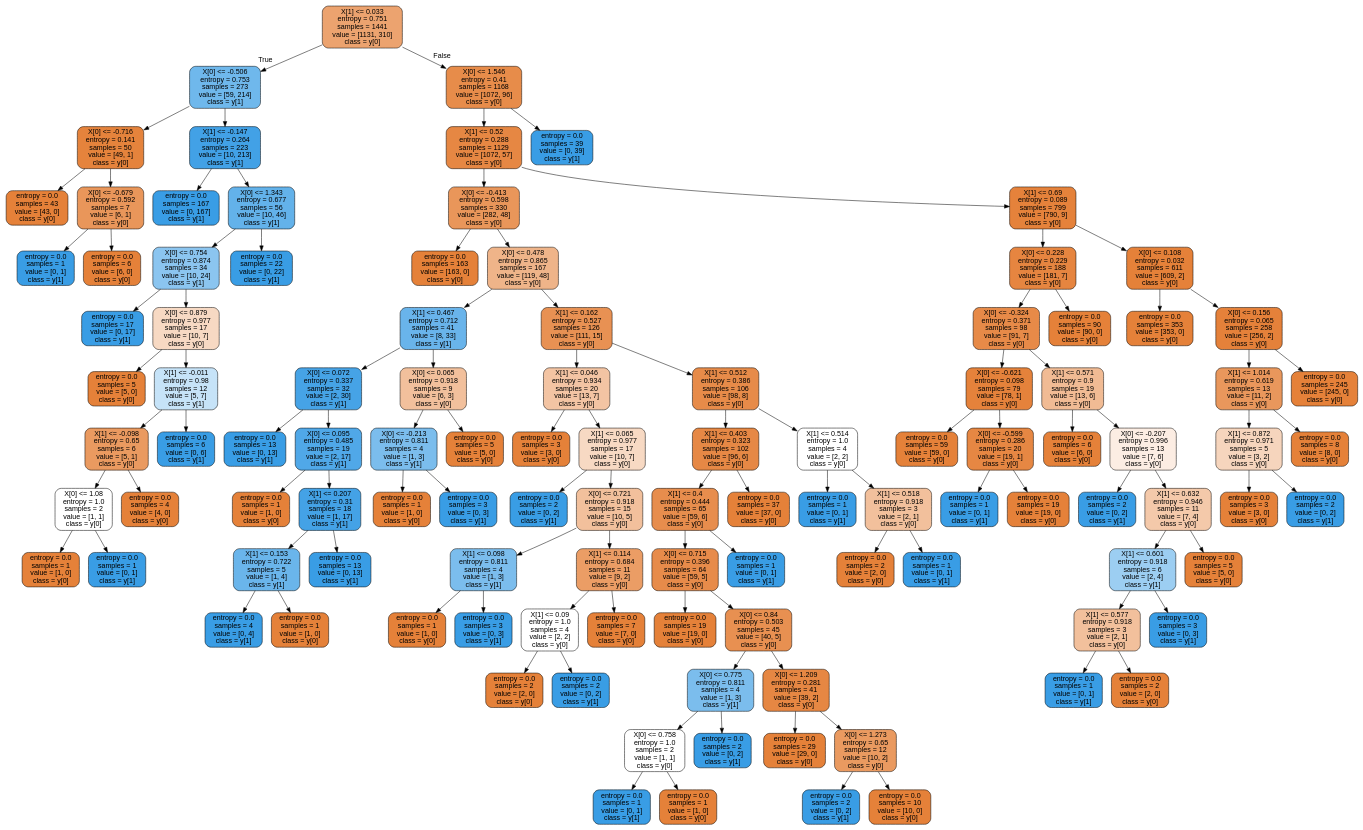
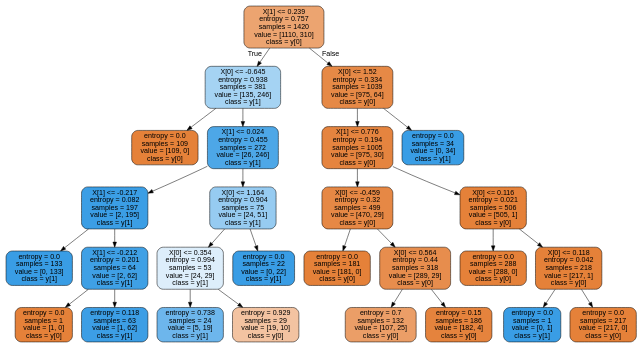
The diagram in moon_dataset_enn.dot (ahadimuhsin/credit-card-fraud-detection), drawn with Graphviz before and after one commit. The commit also changed 31 other files, not shown here.

```diff
--- a/moon_dataset_enn.dot
+++ b/moon_dataset_enn.dot
@@ -1,221 +1,57 @@
 digraph Tree {
 node [shape=box, style="filled, rounded", color="black", fontname=helvetica] ;
 edge [fontname=helvetica] ;
-0 [label="X[1] <= 0.033\nentropy = 0.751\nsamples = 1441\nvalue = [1131, 310]\nclass = y[0]", fillcolor="#e58139b9"] ;
-1 [label="X[0] <= -0.506\nentropy = 0.753\nsamples = 273\nvalue = [59, 214]\nclass = y[1]", fillcolor="#399de5b9"] ;
+0 [label="X[1] <= 0.239\nentropy = 0.757\nsamples = 1420\nvalue = [1110, 310]\nclass = y[0]", fillcolor="#e58139b8"] ;
+1 [label="X[0] <= -0.645\nentropy = 0.938\nsamples = 381\nvalue = [135, 246]\nclass = y[1]", fillcolor="#399de573"] ;
 0 -> 1 [labeldistance=2.5, labelangle=45, headlabel="True"] ;
-2 [label="X[0] <= -0.716\nentropy = 0.141\nsamples = 50\nvalue = [49, 1]\nclass = y[0]", fillcolor="#e58139fa"] ;
+2 [label="entropy = 0.0\nsamples = 109\nvalue = [109, 0]\nclass = y[0]", fillcolor="#e58139ff"] ;
 1 -> 2 ;
-3 [label="entropy = 0.0\nsamples = 43\nvalue = [43, 0]\nclass = y[0]", fillcolor="#e58139ff"] ;
-2 -> 3 ;
-4 [label="X[0] <= -0.679\nentropy = 0.592\nsamples = 7\nvalue = [6, 1]\nclass = y[0]", fillcolor="#e58139d4"] ;
-2 -> 4 ;
-5 [label="entropy = 0.0\nsamples = 1\nvalue = [0, 1]\nclass = y[1]", fillcolor="#399de5ff"] ;
+3 [label="X[1] <= 0.024\nentropy = 0.455\nsamples = 272\nvalue = [26, 246]\nclass = y[1]", fillcolor="#399de5e4"] ;
+1 -> 3 ;
+4 [label="X[1] <= -0.217\nentropy = 0.082\nsamples = 197\nvalue = [2, 195]\nclass = y[1]", fillcolor="#399de5fc"] ;
+3 -> 4 ;
+5 [label="entropy = 0.0\nsamples = 133\nvalue = [0, 133]\nclass = y[1]", fillcolor="#399de5ff"] ;
 4 -> 5 ;
-6 [label="entropy = 0.0\nsamples = 6\nvalue = [6, 0]\nclass = y[0]", fillcolor="#e58139ff"] ;
+6 [label="X[1] <= -0.212\nentropy = 0.201\nsamples = 64\nvalue = [2, 62]\nclass = y[1]", fillcolor="#399de5f7"] ;
 4 -> 6 ;
-7 [label="X[1] <= -0.147\nentropy = 0.264\nsamples = 223\nvalue = [10, 213]\nclass = y[1]", fillcolor="#399de5f3"] ;
-1 -> 7 ;
-8 [label="entropy = 0.0\nsamples = 167\nvalue = [0, 167]\nclass = y[1]", fillcolor="#399de5ff"] ;
-7 -> 8 ;
-9 [label="X[0] <= 1.343\nentropy = 0.677\nsamples = 56\nvalue = [10, 46]\nclass = y[1]", fillcolor="#399de5c8"] ;
-7 -> 9 ;
-10 [label="X[0] <= 0.754\nentropy = 0.874\nsamples = 34\nvalue = [10, 24]\nclass = y[1]", fillcolor="#399de595"] ;
+7 [label="entropy = 0.0\nsamples = 1\nvalue = [1, 0]\nclass = y[0]", fillcolor="#e58139ff"] ;
+6 -> 7 ;
+8 [label="entropy = 0.118\nsamples = 63\nvalue = [1, 62]\nclass = y[1]", fillcolor="#399de5fb"] ;
+6 -> 8 ;
+9 [label="X[0] <= 1.164\nentropy = 0.904\nsamples = 75\nvalue = [24, 51]\nclass = y[1]", fillcolor="#399de587"] ;
+3 -> 9 ;
+10 [label="X[0] <= 0.354\nentropy = 0.994\nsamples = 53\nvalue = [24, 29]\nclass = y[1]", fillcolor="#399de52c"] ;
 9 -> 10 ;
-11 [label="entropy = 0.0\nsamples = 17\nvalue = [0, 17]\nclass = y[1]", fillcolor="#399de5ff"] ;
+11 [label="entropy = 0.738\nsamples = 24\nvalue = [5, 19]\nclass = y[1]", fillcolor="#399de5bc"] ;
 10 -> 11 ;
-12 [label="X[0] <= 0.879\nentropy = 0.977\nsamples = 17\nvalue = [10, 7]\nclass = y[0]", fillcolor="#e581394d"] ;
+12 [label="entropy = 0.929\nsamples = 29\nvalue = [19, 10]\nclass = y[0]", fillcolor="#e5813979"] ;
 10 -> 12 ;
-13 [label="entropy = 0.0\nsamples = 5\nvalue = [5, 0]\nclass = y[0]", fillcolor="#e58139ff"] ;
-12 -> 13 ;
-14 [label="X[1] <= -0.011\nentropy = 0.98\nsamples = 12\nvalue = [5, 7]\nclass = y[1]", fillcolor="#399de549"] ;
-12 -> 14 ;
-15 [label="X[1] <= -0.098\nentropy = 0.65\nsamples = 6\nvalue = [5, 1]\nclass = y[0]", fillcolor="#e58139cc"] ;
+13 [label="entropy = 0.0\nsamples = 22\nvalue = [0, 22]\nclass = y[1]", fillcolor="#399de5ff"] ;
+9 -> 13 ;
+14 [label="X[0] <= 1.52\nentropy = 0.334\nsamples = 1039\nvalue = [975, 64]\nclass = y[0]", fillcolor="#e58139ee"] ;
+0 -> 14 [labeldistance=2.5, labelangle=-45, headlabel="False"] ;
+15 [label="X[1] <= 0.776\nentropy = 0.194\nsamples = 1005\nvalue = [975, 30]\nclass = y[0]", fillcolor="#e58139f7"] ;
 14 -> 15 ;
-16 [label="X[0] <= 1.08\nentropy = 1.0\nsamples = 2\nvalue = [1, 1]\nclass = y[0]", fillcolor="#e5813900"] ;
+16 [label="X[0] <= -0.459\nentropy = 0.32\nsamples = 499\nvalue = [470, 29]\nclass = y[0]", fillcolor="#e58139ef"] ;
 15 -> 16 ;
-17 [label="entropy = 0.0\nsamples = 1\nvalue = [1, 0]\nclass = y[0]", fillcolor="#e58139ff"] ;
+17 [label="entropy = 0.0\nsamples = 181\nvalue = [181, 0]\nclass = y[0]", fillcolor="#e58139ff"] ;
 16 -> 17 ;
-18 [label="entropy = 0.0\nsamples = 1\nvalue = [0, 1]\nclass = y[1]", fillcolor="#399de5ff"] ;
+18 [label="X[0] <= 0.564\nentropy = 0.44\nsamples = 318\nvalue = [289, 29]\nclass = y[0]", fillcolor="#e58139e5"] ;
 16 -> 18 ;
-19 [label="entropy = 0.0\nsamples = 4\nvalue = [4, 0]\nclass = y[0]", fillcolor="#e58139ff"] ;
-15 -> 19 ;
-20 [label="entropy = 0.0\nsamples = 6\nvalue = [0, 6]\nclass = y[1]", fillcolor="#399de5ff"] ;
-14 -> 20 ;
-21 [label="entropy = 0.0\nsamples = 22\nvalue = [0, 22]\nclass = y[1]", fillcolor="#399de5ff"] ;
-9 -> 21 ;
-22 [label="X[0] <= 1.546\nentropy = 0.41\nsamples = 1168\nvalue = [1072, 96]\nclass = y[0]", fillcolor="#e58139e8"] ;
-0 -> 22 [labeldistance=2.5, labelangle=-45, headlabel="False"] ;
-23 [label="X[1] <= 0.52\nentropy = 0.288\nsamples = 1129\nvalue = [1072, 57]\nclass = y[0]", fillcolor="#e58139f1"] ;
-22 -> 23 ;
-24 [label="X[0] <= -0.413\nentropy = 0.598\nsamples = 330\nvalue = [282, 48]\nclass = y[0]", fillcolor="#e58139d4"] ;
+19 [label="entropy = 0.7\nsamples = 132\nvalue = [107, 25]\nclass = y[0]", fillcolor="#e58139c3"] ;
+18 -> 19 ;
+20 [label="entropy = 0.15\nsamples = 186\nvalue = [182, 4]\nclass = y[0]", fillcolor="#e58139f9"] ;
+18 -> 20 ;
+21 [label="X[0] <= 0.116\nentropy = 0.021\nsamples = 506\nvalue = [505, 1]\nclass = y[0]", fillcolor="#e58139fe"] ;
+15 -> 21 ;
+22 [label="entropy = 0.0\nsamples = 288\nvalue = [288, 0]\nclass = y[0]", fillcolor="#e58139ff"] ;
+21 -> 22 ;
+23 [label="X[0] <= 0.118\nentropy = 0.042\nsamples = 218\nvalue = [217, 1]\nclass = y[0]", fillcolor="#e58139fe"] ;
+21 -> 23 ;
+24 [label="entropy = 0.0\nsamples = 1\nvalue = [0, 1]\nclass = y[1]", fillcolor="#399de5ff"] ;
 23 -> 24 ;
-25 [label="entropy = 0.0\nsamples = 163\nvalue = [163, 0]\nclass = y[0]", fillcolor="#e58139ff"] ;
-24 -> 25 ;
-26 [label="X[0] <= 0.478\nentropy = 0.865\nsamples = 167\nvalue = [119, 48]\nclass = y[0]", fillcolor="#e5813998"] ;
-24 -> 26 ;
-27 [label="X[1] <= 0.467\nentropy = 0.712\nsamples = 41\nvalue = [8, 33]\nclass = y[1]", fillcolor="#399de5c1"] ;
-26 -> 27 ;
-28 [label="X[0] <= 0.072\nentropy = 0.337\nsamples = 32\nvalue = [2, 30]\nclass = y[1]", fillcolor="#399de5ee"] ;
-27 -> 28 ;
-29 [label="entropy = 0.0\nsamples = 13\nvalue = [0, 13]\nclass = y[1]", fillcolor="#399de5ff"] ;
-28 -> 29 ;
-30 [label="X[0] <= 0.095\nentropy = 0.485\nsamples = 19\nvalue = [2, 17]\nclass = y[1]", fillcolor="#399de5e1"] ;
-28 -> 30 ;
-31 [label="entropy = 0.0\nsamples = 1\nvalue = [1, 0]\nclass = y[0]", fillcolor="#e58139ff"] ;
-30 -> 31 ;
-32 [label="X[1] <= 0.207\nentropy = 0.31\nsamples = 18\nvalue = [1, 17]\nclass = y[1]", fillcolor="#399de5f0"] ;
-30 -> 32 ;
-33 [label="X[1] <= 0.153\nentropy = 0.722\nsamples = 5\nvalue = [1, 4]\nclass = y[1]", fillcolor="#399de5bf"] ;
-32 -> 33 ;
-34 [label="entropy = 0.0\nsamples = 4\nvalue = [0, 4]\nclass = y[1]", fillcolor="#399de5ff"] ;
-33 -> 34 ;
-35 [label="entropy = 0.0\nsamples = 1\nvalue = [1, 0]\nclass = y[0]", fillcolor="#e58139ff"] ;
-33 -> 35 ;
-36 [label="entropy = 0.0\nsamples = 13\nvalue = [0, 13]\nclass = y[1]", fillcolor="#399de5ff"] ;
-32 -> 36 ;
-37 [label="X[0] <= 0.065\nentropy = 0.918\nsamples = 9\nvalue = [6, 3]\nclass = y[0]", fillcolor="#e581397f"] ;
-27 -> 37 ;
-38 [label="X[0] <= -0.213\nentropy = 0.811\nsamples = 4\nvalue = [1, 3]\nclass = y[1]", fillcolor="#399de5aa"] ;
-37 -> 38 ;
-39 [label="entropy = 0.0\nsamples = 1\nvalue = [1, 0]\nclass = y[0]", fillcolor="#e58139ff"] ;
-38 -> 39 ;
-40 [label="entropy = 0.0\nsamples = 3\nvalue = [0, 3]\nclass = y[1]", fillcolor="#399de5ff"] ;
-38 -> 40 ;
-41 [label="entropy = 0.0\nsamples = 5\nvalue = [5, 0]\nclass = y[0]", fillcolor="#e58139ff"] ;
-37 -> 41 ;
-42 [label="X[1] <= 0.162\nentropy = 0.527\nsamples = 126\nvalue = [111, 15]\nclass = y[0]", fillcolor="#e58139dd"] ;
-26 -> 42 ;
-43 [label="X[1] <= 0.046\nentropy = 0.934\nsamples = 20\nvalue = [13, 7]\nclass = y[0]", fillcolor="#e5813976"] ;
-42 -> 43 ;
-44 [label="entropy = 0.0\nsamples = 3\nvalue = [3, 0]\nclass = y[0]", fillcolor="#e58139ff"] ;
-43 -> 44 ;
-45 [label="X[1] <= 0.065\nentropy = 0.977\nsamples = 17\nvalue = [10, 7]\nclass = y[0]", fillcolor="#e581394d"] ;
-43 -> 45 ;
-46 [label="entropy = 0.0\nsamples = 2\nvalue = [0, 2]\nclass = y[1]", fillcolor="#399de5ff"] ;
-45 -> 46 ;
-47 [label="X[0] <= 0.721\nentropy = 0.918\nsamples = 15\nvalue = [10, 5]\nclass = y[0]", fillcolor="#e581397f"] ;
-45 -> 47 ;
-48 [label="X[1] <= 0.098\nentropy = 0.811\nsamples = 4\nvalue = [1, 3]\nclass = y[1]", fillcolor="#399de5aa"] ;
-47 -> 48 ;
-49 [label="entropy = 0.0\nsamples = 1\nvalue = [1, 0]\nclass = y[0]", fillcolor="#e58139ff"] ;
-48 -> 49 ;
-50 [label="entropy = 0.0\nsamples = 3\nvalue = [0, 3]\nclass = y[1]", fillcolor="#399de5ff"] ;
-48 -> 50 ;
-51 [label="X[1] <= 0.114\nentropy = 0.684\nsamples = 11\nvalue = [9, 2]\nclass = y[0]", fillcolor="#e58139c6"] ;
-47 -> 51 ;
-52 [label="X[1] <= 0.09\nentropy = 1.0\nsamples = 4\nvalue = [2, 2]\nclass = y[0]", fillcolor="#e5813900"] ;
-51 -> 52 ;
-53 [label="entropy = 0.0\nsamples = 2\nvalue = [2, 0]\nclass = y[0]", fillcolor="#e58139ff"] ;
-52 -> 53 ;
-54 [label="entropy = 0.0\nsamples = 2\nvalue = [0, 2]\nclass = y[1]", fillcolor="#399de5ff"] ;
-52 -> 54 ;
-55 [label="entropy = 0.0\nsamples = 7\nvalue = [7, 0]\nclass = y[0]", fillcolor="#e58139ff"] ;
-51 -> 55 ;
-56 [label="X[1] <= 0.512\nentropy = 0.386\nsamples = 106\nvalue = [98, 8]\nclass = y[0]", fillcolor="#e58139ea"] ;
-42 -> 56 ;
-57 [label="X[1] <= 0.403\nentropy = 0.323\nsamples = 102\nvalue = [96, 6]\nclass = y[0]", fillcolor="#e58139ef"] ;
-56 -> 57 ;
-58 [label="X[1] <= 0.4\nentropy = 0.444\nsamples = 65\nvalue = [59, 6]\nclass = y[0]", fillcolor="#e58139e5"] ;
-57 -> 58 ;
-59 [label="X[0] <= 0.715\nentropy = 0.396\nsamples = 64\nvalue = [59, 5]\nclass = y[0]", fillcolor="#e58139e9"] ;
-58 -> 59 ;
-60 [label="entropy = 0.0\nsamples = 19\nvalue = [19, 0]\nclass = y[0]", fillcolor="#e58139ff"] ;
-59 -> 60 ;
-61 [label="X[0] <= 0.84\nentropy = 0.503\nsamples = 45\nvalue = [40, 5]\nclass = y[0]", fillcolor="#e58139df"] ;
-59 -> 61 ;
-62 [label="X[0] <= 0.775\nentropy = 0.811\nsamples = 4\nvalue = [1, 3]\nclass = y[1]", fillcolor="#399de5aa"] ;
-61 -> 62 ;
-63 [label="X[0] <= 0.758\nentropy = 1.0\nsamples = 2\nvalue = [1, 1]\nclass = y[0]", fillcolor="#e5813900"] ;
-62 -> 63 ;
-64 [label="entropy = 0.0\nsamples = 1\nvalue = [0, 1]\nclass = y[1]", fillcolor="#399de5ff"] ;
-63 -> 64 ;
-65 [label="entropy = 0.0\nsamples = 1\nvalue = [1, 0]\nclass = y[0]", fillcolor="#e58139ff"] ;
-63 -> 65 ;
-66 [label="entropy = 0.0\nsamples = 2\nvalue = [0, 2]\nclass = y[1]", fillcolor="#399de5ff"] ;
-62 -> 66 ;
-67 [label="X[0] <= 1.209\nentropy = 0.281\nsamples = 41\nvalue = [39, 2]\nclass = y[0]", fillcolor="#e58139f2"] ;
-61 -> 67 ;
-68 [label="entropy = 0.0\nsamples = 29\nvalue = [29, 0]\nclass = y[0]", fillcolor="#e58139ff"] ;
-67 -> 68 ;
-69 [label="X[0] <= 1.273\nentropy = 0.65\nsamples = 12\nvalue = [10, 2]\nclass = y[0]", fillcolor="#e58139cc"] ;
-67 -> 69 ;
-70 [label="entropy = 0.0\nsamples = 2\nvalue = [0, 2]\nclass = y[1]", fillcolor="#399de5ff"] ;
-69 -> 70 ;
-71 [label="entropy = 0.0\nsamples = 10\nvalue = [10, 0]\nclass = y[0]", fillcolor="#e58139ff"] ;
-69 -> 71 ;
-72 [label="entropy = 0.0\nsamples = 1\nvalue = [0, 1]\nclass = y[1]", fillcolor="#399de5ff"] ;
-58 -> 72 ;
-73 [label="entropy = 0.0\nsamples = 37\nvalue = [37, 0]\nclass = y[0]", fillcolor="#e58139ff"] ;
-57 -> 73 ;
-74 [label="X[1] <= 0.514\nentropy = 1.0\nsamples = 4\nvalue = [2, 2]\nclass = y[0]", fillcolor="#e5813900"] ;
-56 -> 74 ;
-75 [label="entropy = 0.0\nsamples = 1\nvalue = [0, 1]\nclass = y[1]", fillcolor="#399de5ff"] ;
-74 -> 75 ;
-76 [label="X[1] <= 0.518\nentropy = 0.918\nsamples = 3\nvalue = [2, 1]\nclass = y[0]", fillcolor="#e581397f"] ;
-74 -> 76 ;
-77 [label="entropy = 0.0\nsamples = 2\nvalue = [2, 0]\nclass = y[0]", fillcolor="#e58139ff"] ;
-76 -> 77 ;
-78 [label="entropy = 0.0\nsamples = 1\nvalue = [0, 1]\nclass = y[1]", fillcolor="#399de5ff"] ;
-76 -> 78 ;
-79 [label="X[1] <= 0.69\nentropy = 0.089\nsamples = 799\nvalue = [790, 9]\nclass = y[0]", fillcolor="#e58139fc"] ;
-23 -> 79 ;
-80 [label="X[0] <= 0.228\nentropy = 0.229\nsamples = 188\nvalue = [181, 7]\nclass = y[0]", fillcolor="#e58139f5"] ;
-79 -> 80 ;
-81 [label="X[0] <= -0.324\nentropy = 0.371\nsamples = 98\nvalue = [91, 7]\nclass = y[0]", fillcolor="#e58139eb"] ;
-80 -> 81 ;
-82 [label="X[0] <= -0.621\nentropy = 0.098\nsamples = 79\nvalue = [78, 1]\nclass = y[0]", fillcolor="#e58139fc"] ;
-81 -> 82 ;
-83 [label="entropy = 0.0\nsamples = 59\nvalue = [59, 0]\nclass = y[0]", fillcolor="#e58139ff"] ;
-82 -> 83 ;
-84 [label="X[0] <= -0.599\nentropy = 0.286\nsamples = 20\nvalue = [19, 1]\nclass = y[0]", fillcolor="#e58139f2"] ;
-82 -> 84 ;
-85 [label="entropy = 0.0\nsamples = 1\nvalue = [0, 1]\nclass = y[1]", fillcolor="#399de5ff"] ;
-84 -> 85 ;
-86 [label="entropy = 0.0\nsamples = 19\nvalue = [19, 0]\nclass = y[0]", fillcolor="#e58139ff"] ;
-84 -> 86 ;
-87 [label="X[1] <= 0.571\nentropy = 0.9\nsamples = 19\nvalue = [13, 6]\nclass = y[0]", fillcolor="#e5813989"] ;
-81 -> 87 ;
-88 [label="entropy = 0.0\nsamples = 6\nvalue = [6, 0]\nclass = y[0]", fillcolor="#e58139ff"] ;
-87 -> 88 ;
-89 [label="X[0] <= -0.207\nentropy = 0.996\nsamples = 13\nvalue = [7, 6]\nclass = y[0]", fillcolor="#e5813924"] ;
-87 -> 89 ;
-90 [label="entropy = 0.0\nsamples = 2\nvalue = [0, 2]\nclass = y[1]", fillcolor="#399de5ff"] ;
-89 -> 90 ;
-91 [label="X[1] <= 0.632\nentropy = 0.946\nsamples = 11\nvalue = [7, 4]\nclass = y[0]", fillcolor="#e581396d"] ;
-89 -> 91 ;
-92 [label="X[1] <= 0.601\nentropy = 0.918\nsamples = 6\nvalue = [2, 4]\nclass = y[1]", fillcolor="#399de57f"] ;
-91 -> 92 ;
-93 [label="X[1] <= 0.577\nentropy = 0.918\nsamples = 3\nvalue = [2, 1]\nclass = y[0]", fillcolor="#e581397f"] ;
-92 -> 93 ;
-94 [label="entropy = 0.0\nsamples = 1\nvalue = [0, 1]\nclass = y[1]", fillcolor="#399de5ff"] ;
-93 -> 94 ;
-95 [label="entropy = 0.0\nsamples = 2\nvalue = [2, 0]\nclass = y[0]", fillcolor="#e58139ff"] ;
-93 -> 95 ;
-96 [label="entropy = 0.0\nsamples = 3\nvalue = [0, 3]\nclass = y[1]", fillcolor="#399de5ff"] ;
-92 -> 96 ;
-97 [label="entropy = 0.0\nsamples = 5\nvalue = [5, 0]\nclass = y[0]", fillcolor="#e58139ff"] ;
-91 -> 97 ;
-98 [label="entropy = 0.0\nsamples = 90\nvalue = [90, 0]\nclass = y[0]", fillcolor="#e58139ff"] ;
-80 -> 98 ;
-99 [label="X[0] <= 0.108\nentropy = 0.032\nsamples = 611\nvalue = [609, 2]\nclass = y[0]", fillcolor="#e58139fe"] ;
-79 -> 99 ;
-100 [label="entropy = 0.0\nsamples = 353\nvalue = [353, 0]\nclass = y[0]", fillcolor="#e58139ff"] ;
-99 -> 100 ;
-101 [label="X[0] <= 0.156\nentropy = 0.065\nsamples = 258\nvalue = [256, 2]\nclass = y[0]", fillcolor="#e58139fd"] ;
-99 -> 101 ;
-102 [label="X[1] <= 1.014\nentropy = 0.619\nsamples = 13\nvalue = [11, 2]\nclass = y[0]", fillcolor="#e58139d1"] ;
-101 -> 102 ;
-103 [label="X[1] <= 0.872\nentropy = 0.971\nsamples = 5\nvalue = [3, 2]\nclass = y[0]", fillcolor="#e5813955"] ;
-102 -> 103 ;
-104 [label="entropy = 0.0\nsamples = 3\nvalue = [3, 0]\nclass = y[0]", fillcolor="#e58139ff"] ;
-103 -> 104 ;
-105 [label="entropy = 0.0\nsamples = 2\nvalue = [0, 2]\nclass = y[1]", fillcolor="#399de5ff"] ;
-103 -> 105 ;
-106 [label="entropy = 0.0\nsamples = 8\nvalue = [8, 0]\nclass = y[0]", fillcolor="#e58139ff"] ;
-102 -> 106 ;
-107 [label="entropy = 0.0\nsamples = 245\nvalue = [245, 0]\nclass = y[0]", fillcolor="#e58139ff"] ;
-101 -> 107 ;
-108 [label="entropy = 0.0\nsamples = 39\nvalue = [0, 39]\nclass = y[1]", fillcolor="#399de5ff"] ;
-22 -> 108 ;
+25 [label="entropy = 0.0\nsamples = 217\nvalue = [217, 0]\nclass = y[0]", fillcolor="#e58139ff"] ;
+23 -> 25 ;
+26 [label="entropy = 0.0\nsamples = 34\nvalue = [0, 34]\nclass = y[1]", fillcolor="#399de5ff"] ;
+14 -> 26 ;
 }
```
